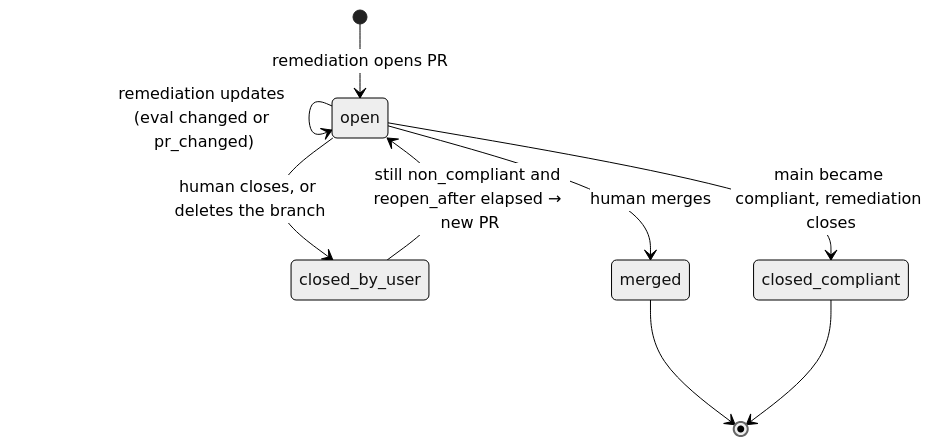
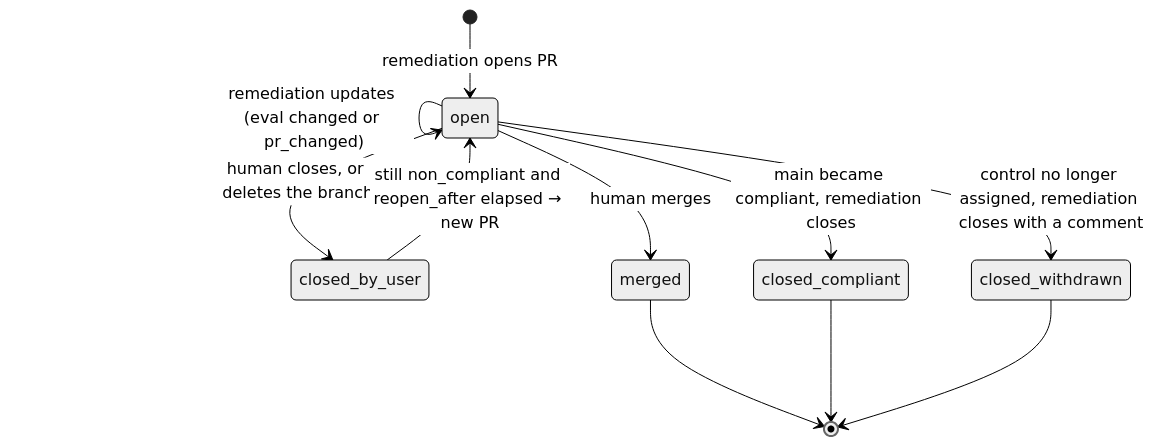
Before and after one commit to donaldgifford/repo-guardian: the third of 3 diagrams in docs/design/0032-evaluation-and-remediation-workflows-change-driven-remediation.md, drawn with Mermaid (neutral theme). The commit also changed other lines of this file and 5 other files, not shown here.

````diff
--- a/docs/design/0032-evaluation-and-remediation-workflows-change-driven-remediation.md
+++ b/docs/design/0032-evaluation-and-remediation-workflows-change-driven-remediation.md
@@ -260,11 +261,13 @@
 ```mermaid
 stateDiagram-v2
     [*] --> open: remediation opens PR
     open --> open: remediation updates (eval changed or pr_changed)
     open --> merged: human merges
     open --> closed_compliant: main became compliant, remediation closes
     open --> closed_by_user: human closes, or deletes the branch
     closed_by_user --> open: still non_compliant and reopen_after elapsed → new PR
+    open --> closed_withdrawn: control no longer assigned, remediation closes with a comment
     merged --> [*]
     closed_compliant --> [*]
+    closed_withdrawn --> [*]
 ```
````
